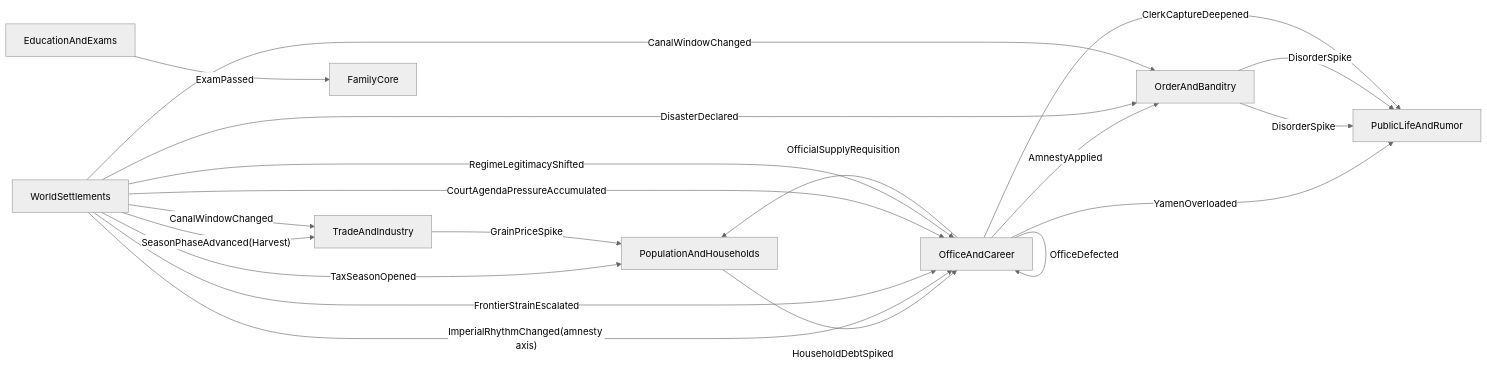
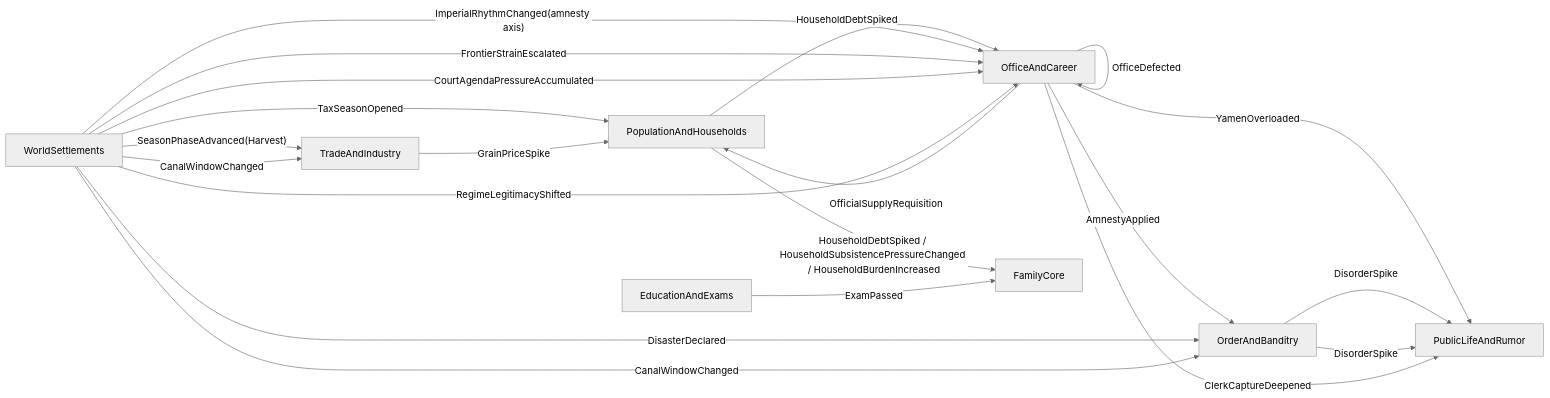
Before and after one commit to zhe9898/3: the diagram in docs/RENZONG_THIN_CHAIN_TOPOLOGY_INDEX.md, drawn with Mermaid (neutral theme). The commit also changed other lines of this file and 18 other files, not shown here.

Commit message:
Hook household burden into family pressure

````diff
--- a/docs/RENZONG_THIN_CHAIN_TOPOLOGY_INDEX.md
+++ b/docs/RENZONG_THIN_CHAIN_TOPOLOGY_INDEX.md
@@ -25,32 +25,33 @@
 ```mermaid
 flowchart LR
     WS["WorldSettlements"] -->|"TaxSeasonOpened"| POP["PopulationAndHouseholds"]
     POP -->|"HouseholdDebtSpiked"| OFFICE["OfficeAndCareer"]
+    POP -->|"HouseholdDebtSpiked / HouseholdSubsistencePressureChanged / HouseholdBurdenIncreased"| FAMILY["FamilyCore"]
     OFFICE -->|"YamenOverloaded"| PUBLIC["PublicLifeAndRumor"]
 
     WS -->|"SeasonPhaseAdvanced(Harvest)"| TRADE["TradeAndIndustry"]
     TRADE -->|"GrainPriceSpike"| POP
 
-    EDU["EducationAndExams"] -->|"ExamPassed"| FAMILY["FamilyCore"]
+    EDU["EducationAndExams"] -->|"ExamPassed"| FAMILY
 
     WS -->|"ImperialRhythmChanged(amnesty axis)"| OFFICE
     OFFICE -->|"AmnestyApplied"| ORDER["OrderAndBanditry"]
     ORDER -->|"DisorderSpike"| PUBLIC
 
     WS -->|"FrontierStrainEscalated"| OFFICE
     OFFICE -->|"OfficialSupplyRequisition"| POP
 
     WS -->|"DisasterDeclared"| ORDER
     ORDER -->|"DisorderSpike"| PUBLIC
 
     OFFICE -->|"ClerkCaptureDeepened"| PUBLIC
 
     WS -->|"CourtAgendaPressureAccumulated"| OFFICE
     OFFICE -->|"PolicyWindowOpened"| OFFICE
 
     WS -->|"RegimeLegitimacyShifted"| OFFICE
     OFFICE -->|"OfficeDefected"| OFFICE
 
     WS -->|"CanalWindowChanged"| TRADE
     WS -->|"CanalWindowChanged"| ORDER
 ```
````
